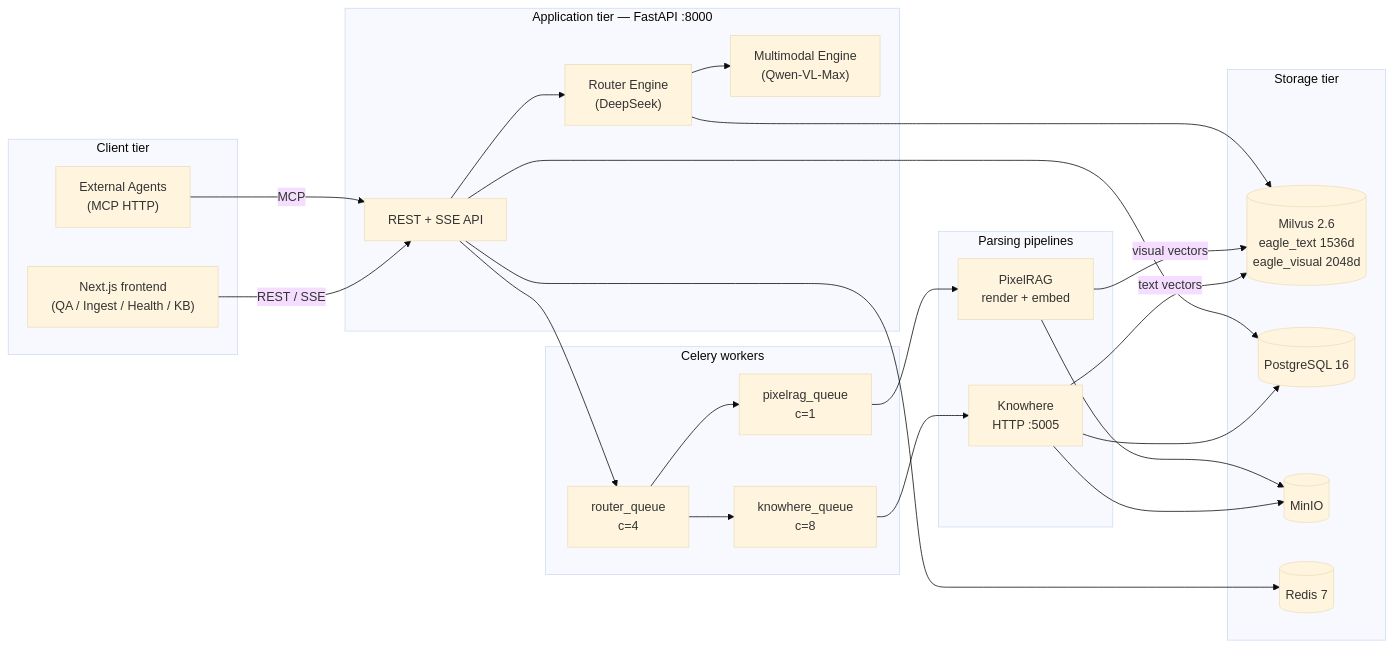
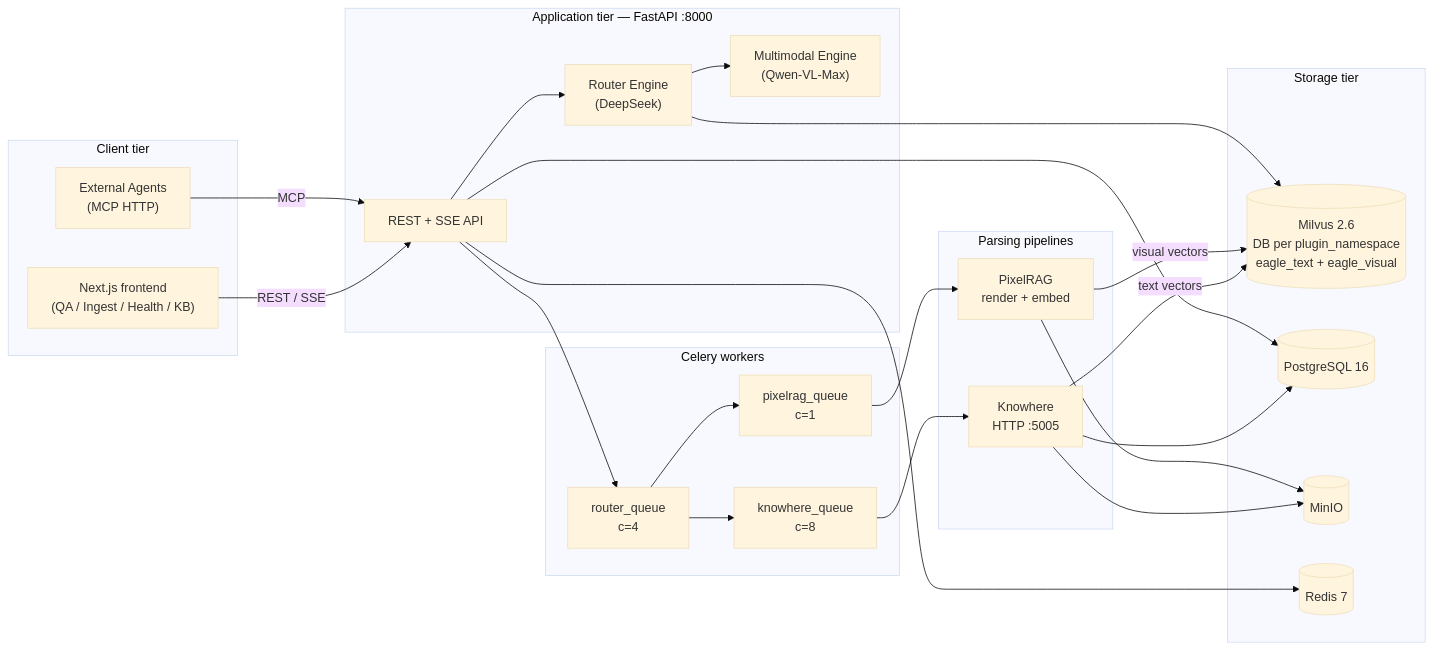
The second of 2 diagrams in docs/en/index.md (zhiweio/EagleRAG), drawn with Mermaid (base theme) before and after one commit. The commit also changed other lines of this file and 249 other files, not shown here.

````diff
--- a/docs/en/index.md
+++ b/docs/en/index.md
@@ -64,48 +68,48 @@
 ```mermaid
 flowchart LR
     subgraph Client["Client tier"]
         FE["Next.js frontend<br/>(QA / Ingest / Health / KB)"]
         AGENT["External Agents<br/>(MCP HTTP)"]
     end
 
     subgraph App["Application tier — FastAPI :8000"]
         API["REST + SSE API"]
         ROUTER["Router Engine<br/>(DeepSeek)"]
         GEN["Multimodal Engine<br/>(Qwen-VL-Max)"]
     end
 
     subgraph Workers["Celery workers"]
         RQ["router_queue<br/>c=4"]
         KQ["knowhere_queue<br/>c=8"]
         PQ["pixelrag_queue<br/>c=1"]
     end
 
     subgraph Pipelines["Parsing pipelines"]
         KH["Knowhere<br/>HTTP :5005"]
         PR["PixelRAG<br/>render + embed"]
     end
 
     subgraph Store["Storage tier"]
-        MILVUS[("Milvus 2.6<br/>eagle_text 1536d<br/>eagle_visual 2048d")]
+        MILVUS[("Milvus 2.6<br/>DB per plugin_namespace<br/>eagle_text + eagle_visual")]
         PG[("PostgreSQL 16")]
         MINIO[("MinIO")]
         REDIS[("Redis 7")]
     end
 
     FE -->|REST / SSE| API
     AGENT -->|MCP| API
     API --> ROUTER --> GEN
     API --> RQ
     RQ --> KQ
     RQ --> PQ
     KQ --> KH
     PQ --> PR
     KH -->|text vectors| MILVUS
     PR -->|visual vectors| MILVUS
     KH --> PG
     API --> PG
     API --> REDIS
     KH --> MINIO
     PR --> MINIO
     ROUTER --> MILVUS
 ```
````
